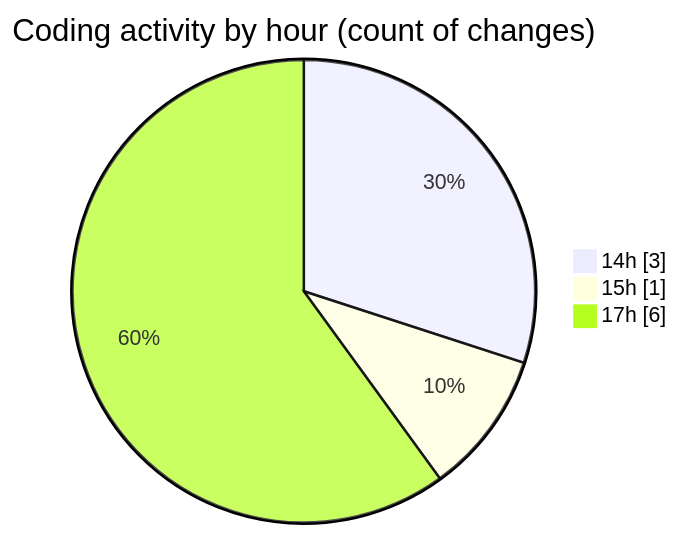
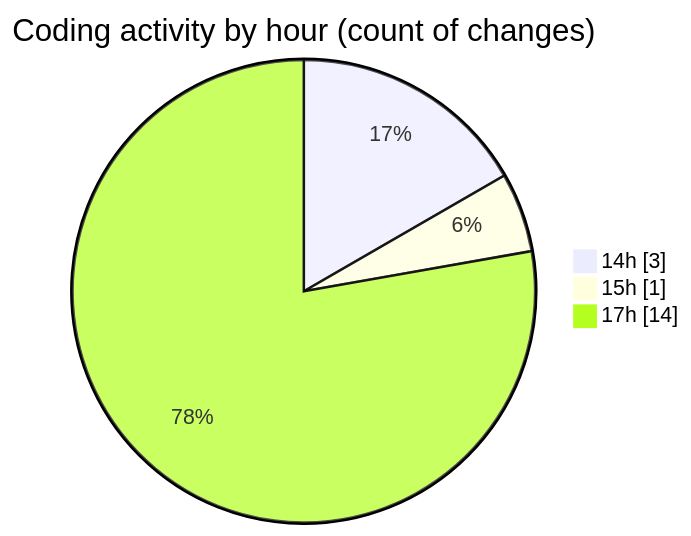
The second of 2 diagrams in 2026-02-04/nxtqube_webapp/README.md (nxtqubesakshisongat/code-tracking), drawn with Mermaid before and after one commit. The commit also changed other lines of this file and 1 other file, not shown here.

````diff
--- a/2026-02-04/nxtqube_webapp/README.md
+++ b/2026-02-04/nxtqube_webapp/README.md
@@ -31,7 +31,7 @@
 ```mermaid
 pie showData
 title Coding activity by hour (count of changes)
 "14h" : 3
 "15h" : 1
-"17h" : 6
+"17h" : 14
 ```
````
